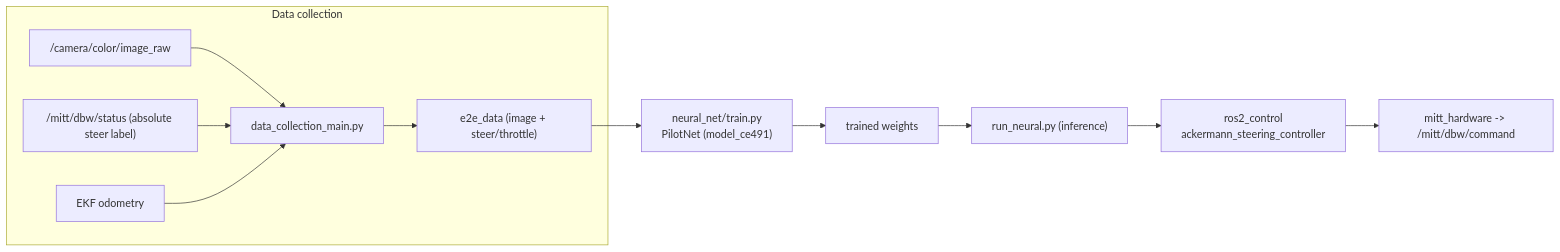
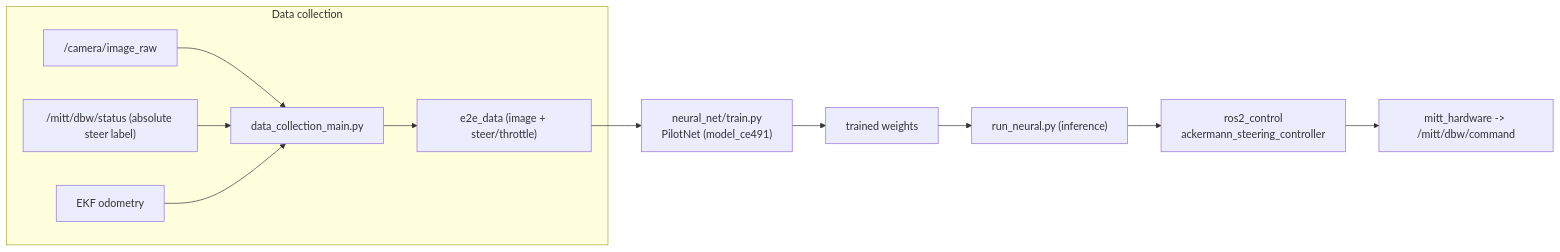
The second of 2 diagrams in docs/design/software.md (jrkwon/mrider), drawn with Mermaid before and after one commit. The commit also changed other lines of this file and 40 other files, not shown here.

````diff
--- a/docs/design/software.md
+++ b/docs/design/software.md
@@ -423,14 +469,14 @@
 ```mermaid
 flowchart LR
     subgraph COLLECT["Data collection"]
-        IMG["/camera/color/image_raw"] --> REC["data_collection_main.py"]
+        IMG["/camera/image_raw"] --> REC["data_collection_main.py"]
         FB["/mitt/dbw/status (absolute steer label)"] --> REC
         ODO["EKF odometry"] --> REC
         REC --> DS["e2e_data (image + steer/throttle)"]
     end
     DS --> TRAIN["neural_net/train.py<br/>PilotNet (model_ce491)"]
     TRAIN --> WTS["trained weights"]
     WTS --> INF["run_neural.py (inference)"]
     INF --> RC2["ros2_control<br/>ackermann_steering_controller"]
     RC2 --> HW["mitt_hardware -> /mitt/dbw/command"]
 ```
````
